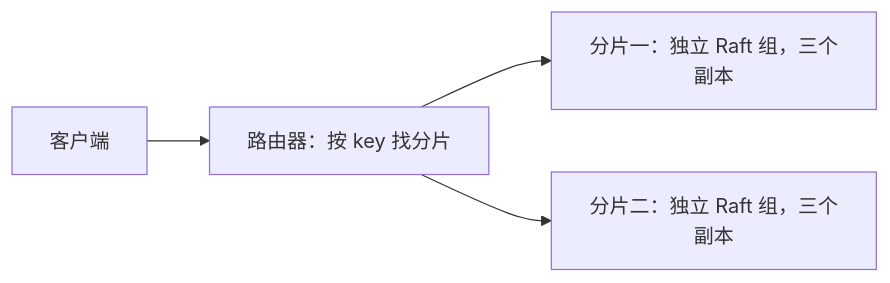
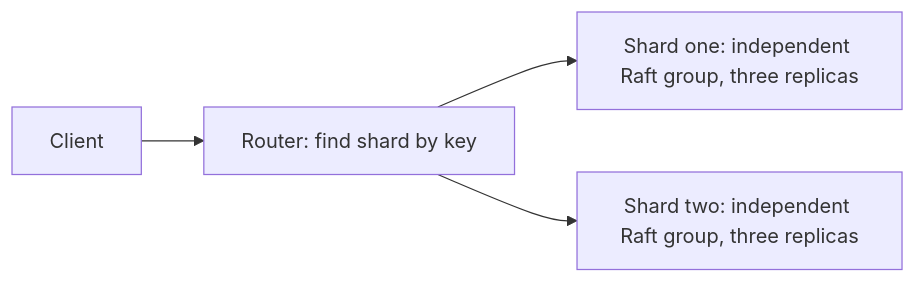
Before and after one commit to Wenqi0211/raft-kv-store: the diagram in docs/scalability-and-delivery.md, drawn with Mermaid. The commit also changed other lines of this file and 9 other files, not shown here.

````diff
--- a/docs/scalability-and-delivery.md
+++ b/docs/scalability-and-delivery.md
@@ -29,6 +34,6 @@
 ```mermaid
 flowchart LR
-    Client[客户端] --> Router[路由器：按 key 找分片]
-    Router --> G1[分片一：独立 Raft 组，三个副本]
-    Router --> G2[分片二：独立 Raft 组，三个副本]
+    Client[Client] --> Router[Router: find shard by key]
+    Router --> G1[Shard one: independent Raft group, three replicas]
+    Router --> G2[Shard two: independent Raft group, three replicas]
 ```
````
